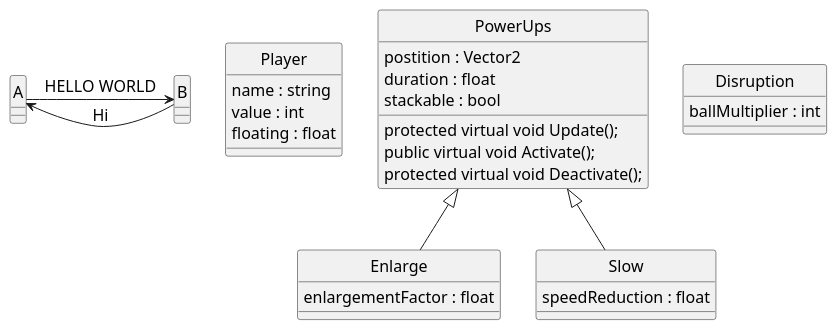
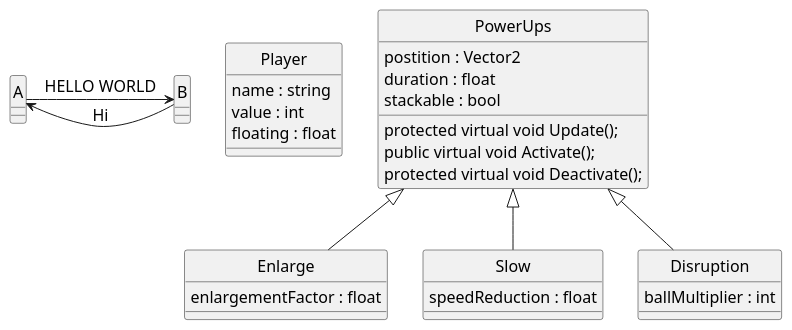
One commit to RitchiDev/GROUP-Domain-Decomposition-Git changed the diagram in Breakout.plantuml. Above: the diagram before and after it, drawn with PlantUML. The commit also changed 1 other file, not shown here.

```diff
--- a/Breakout.plantuml
+++ b/Breakout.plantuml
@@ -1,41 +1,42 @@
 @startuml Breakout
 skinparam style strictuml
 skinparam SequenceMessageAlignment center
 skinparam DefaultFontName Arial
 skinparam DefaultFontSize 16
 skinparam DefaultFontStyle bold
 
 A -> B : HELLO WORLD
 A <- B : Hi
 
 class "Player" as Player{
     name : string
     value : int
     floating : float
 }
 
 Powerups <|-- Enlarge
 Powerups <|-- Slow
+Powerups <|-- Disruption
 class "PowerUps" as Powerups{
     postition : Vector2
     duration : float
     stackable : bool
     
     protected virtual void Update();
     public virtual void Activate();
     protected virtual void Deactivate();
 }
 
 class "Enlarge" as Enlarge{
     enlargementFactor : float
 }
 
 class "Slow" as Slow {
     speedReduction : float
 }
 
 class "Disruption" as Disruption{
     ballMultiplier : int
 }
 
 @enduml
```
